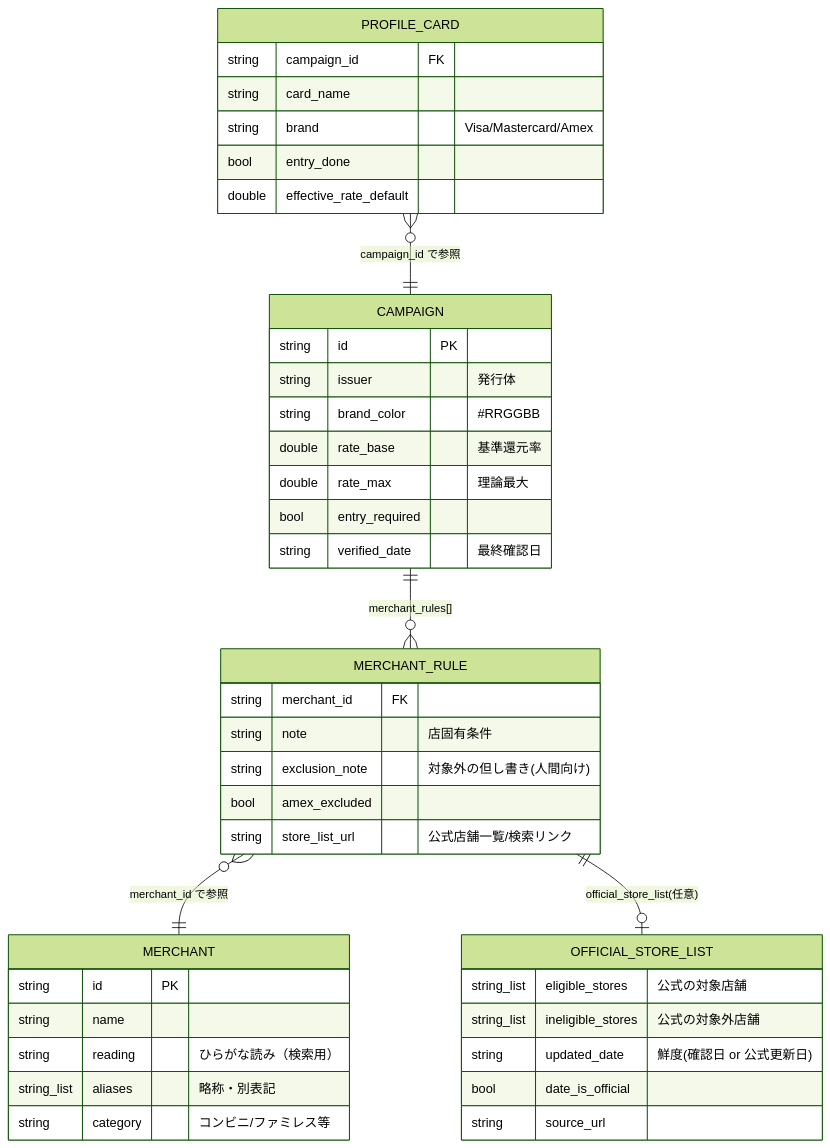
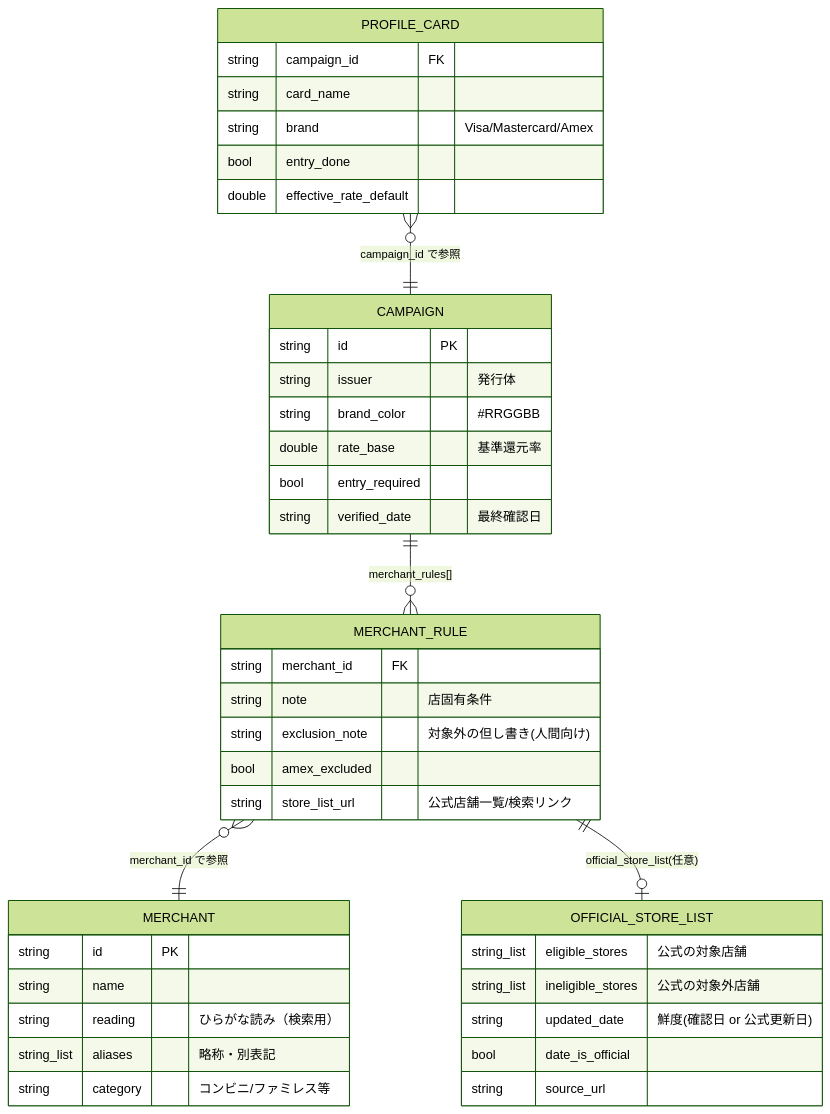
Before and after one commit to ktakjm/poikatsu: the second of 6 diagrams in docs/code-guide.md, drawn with Mermaid (forest theme). The commit also changed 4 other files, not shown here.

First line of the commit message:
refactor(campaign): drop rate_max (theoretical max-rate) field and display

````diff
--- a/docs/code-guide.md
+++ b/docs/code-guide.md
@@ -125,44 +125,43 @@
 ```mermaid
 erDiagram
     MERCHANT {
         string id PK
         string name
         string reading "ひらがな読み（検索用）"
         string_list aliases "略称・別表記"
         string category "コンビニ/ファミレス等"
     }
     CAMPAIGN {
         string id PK
         string issuer "発行体"
         string brand_color "#RRGGBB"
         double rate_base "基準還元率"
-        double rate_max "理論最大"
         bool entry_required
         string verified_date "最終確認日"
     }
     MERCHANT_RULE {
         string merchant_id FK
         string note "店固有条件"
         string exclusion_note "対象外の但し書き(人間向け)"
         bool amex_excluded
         string store_list_url "公式店舗一覧/検索リンク"
     }
     OFFICIAL_STORE_LIST {
         string_list eligible_stores "公式の対象店舗"
         string_list ineligible_stores "公式の対象外店舗"
         string updated_date "鮮度(確認日 or 公式更新日)"
         bool date_is_official
         string source_url
     }
     PROFILE_CARD {
         string campaign_id FK
         string card_name
         string brand "Visa/Mastercard/Amex"
         bool entry_done
         double effective_rate_default
     }
     CAMPAIGN ||--o{ MERCHANT_RULE : "merchant_rules[]"
     MERCHANT_RULE }o--|| MERCHANT : "merchant_id で参照"
     MERCHANT_RULE ||--o| OFFICIAL_STORE_LIST : "official_store_list(任意)"
     PROFILE_CARD }o--|| CAMPAIGN : "campaign_id で参照"
 ```
````
